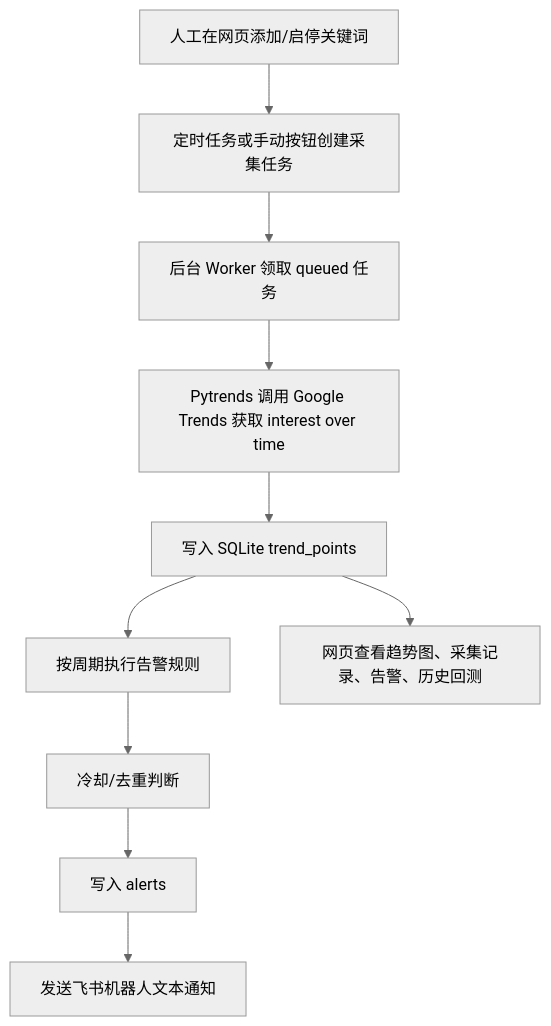
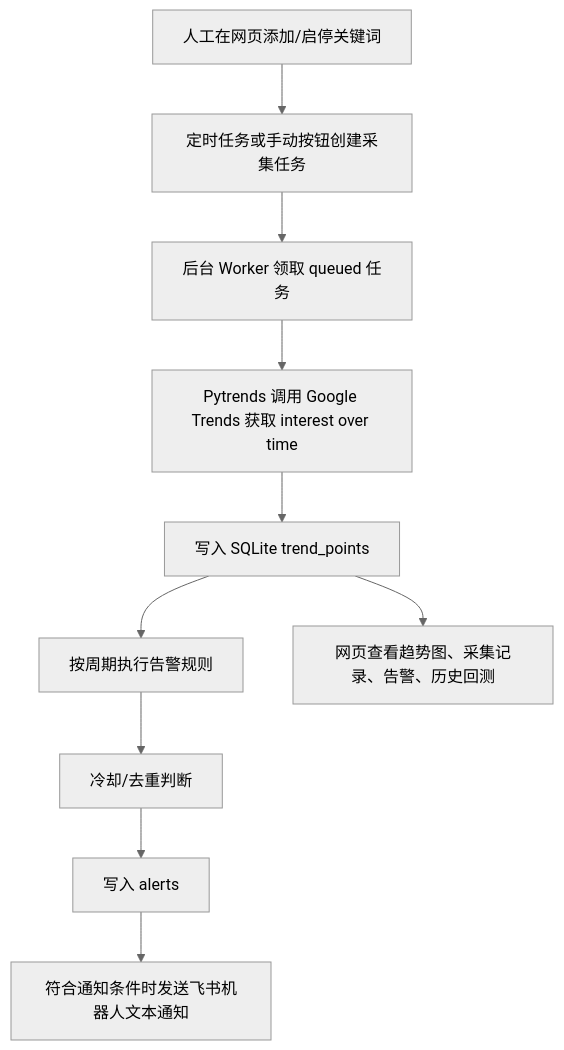
One commit to nagasawaja/googletrends changed the diagram in docs/runtime_flow_zh.md. Above: the diagram before and after it, drawn with Mermaid (neutral theme). The commit also changed other lines of this file and 13 other files, not shown here.

````diff
--- a/docs/runtime_flow_zh.md
+++ b/docs/runtime_flow_zh.md
@@ -7,12 +7,12 @@
 ```mermaid
 flowchart TD
     A["人工在网页添加/启停关键词"] --> B["定时任务或手动按钮创建采集任务"]
     B --> C["后台 Worker 领取 queued 任务"]
     C --> D["Pytrends 调用 Google Trends 获取 interest over time"]
     D --> E["写入 SQLite trend_points"]
     E --> F["按周期执行告警规则"]
     F --> G["冷却/去重判断"]
     G --> H["写入 alerts"]
-    H --> I["发送飞书机器人文本通知"]
+    H --> I["符合通知条件时发送飞书机器人文本通知"]
     E --> J["网页查看趋势图、采集记录、告警、历史回测"]
 ```
````
